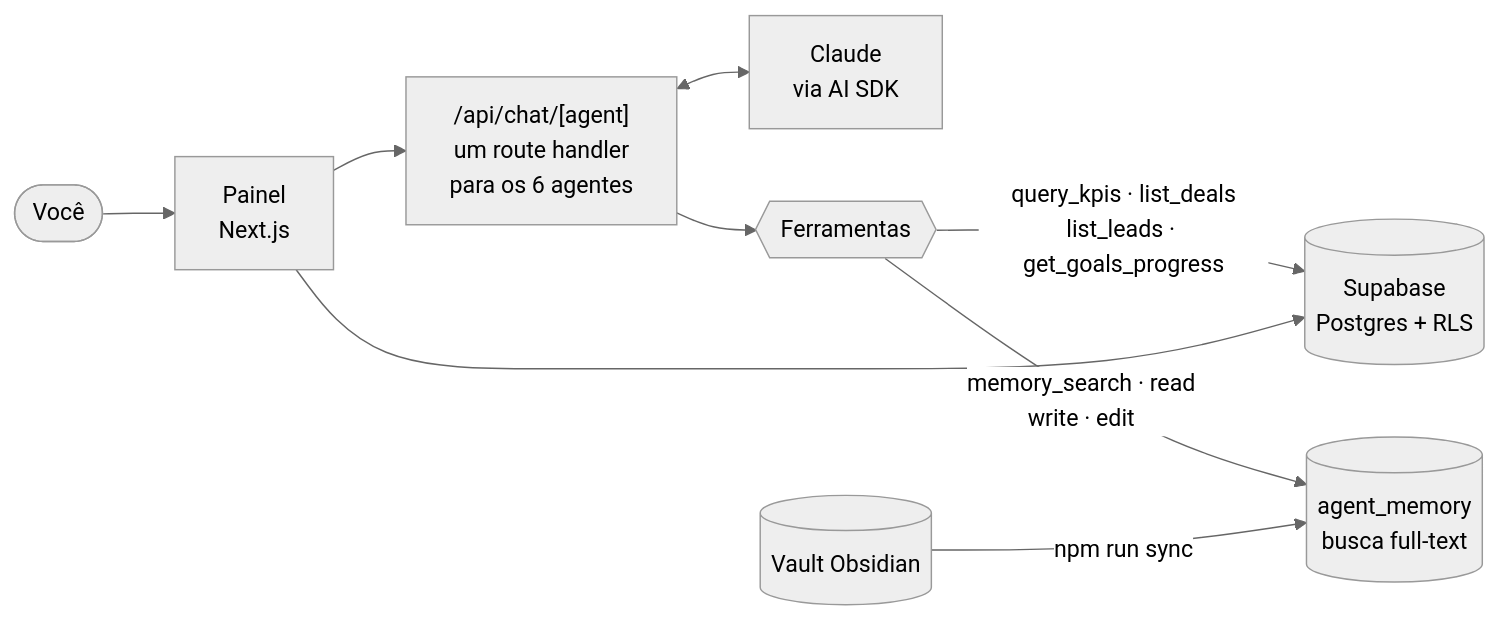
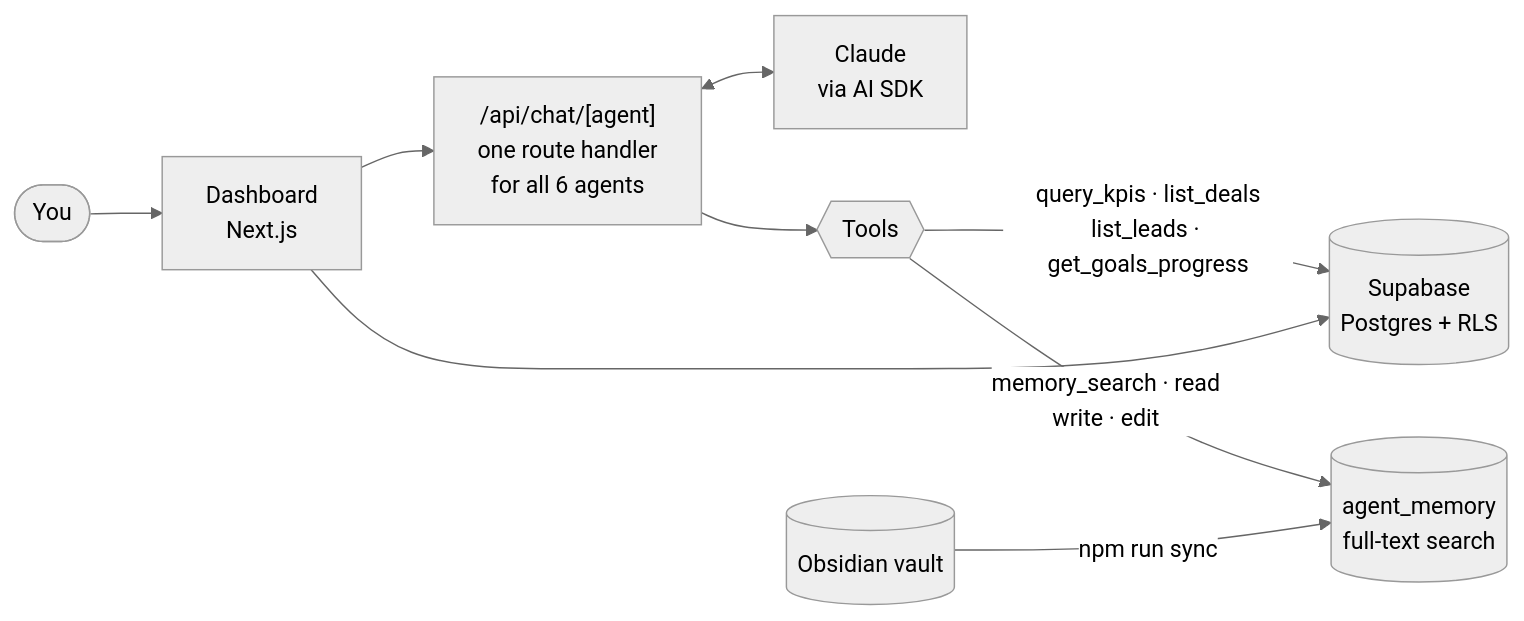
One commit to guiboorges/borg-business-os changed the diagram in README.md. Above: the diagram before and after it, drawn with Mermaid (neutral theme). The commit also changed other lines of this file and 53 other files, not shown here.

````diff
--- a/README.md
+++ b/README.md
@@ -39,11 +39,11 @@
 ```mermaid
 flowchart LR
-    Voce([Você]) --> UI[Painel<br/>Next.js]
-    UI --> API["/api/chat/[agent]<br/>um route handler<br/>para os 6 agentes"]
-    API <--> Claude[Claude<br/>via AI SDK]
-    API --> Tools{{Ferramentas}}
-    Tools -->|"query_kpis · list_deals<br/>list_leads · get_goals_progress"| DB[(Supabase<br/>Postgres + RLS)]
-    Tools -->|"memory_search · read<br/>write · edit"| Mem[(agent_memory<br/>busca full-text)]
-    Vault[(Vault Obsidian)] -->|npm run sync| Mem
+    User([You]) --> UI["Dashboard<br/>Next.js"]
+    UI --> API["/api/chat/[agent]<br/>one route handler<br/>for all 6 agents"]
+    API <--> Claude["Claude<br/>via AI SDK"]
+    API --> Tools{{Tools}}
+    Tools -->|"query_kpis · list_deals<br/>list_leads · get_goals_progress"| DB[("Supabase<br/>Postgres + RLS")]
+    Tools -->|"memory_search · read<br/>write · edit"| Mem[("agent_memory<br/>full-text search")]
+    Vault[("Obsidian vault")] -->|npm run sync| Mem
     UI --> DB
 ```
````
